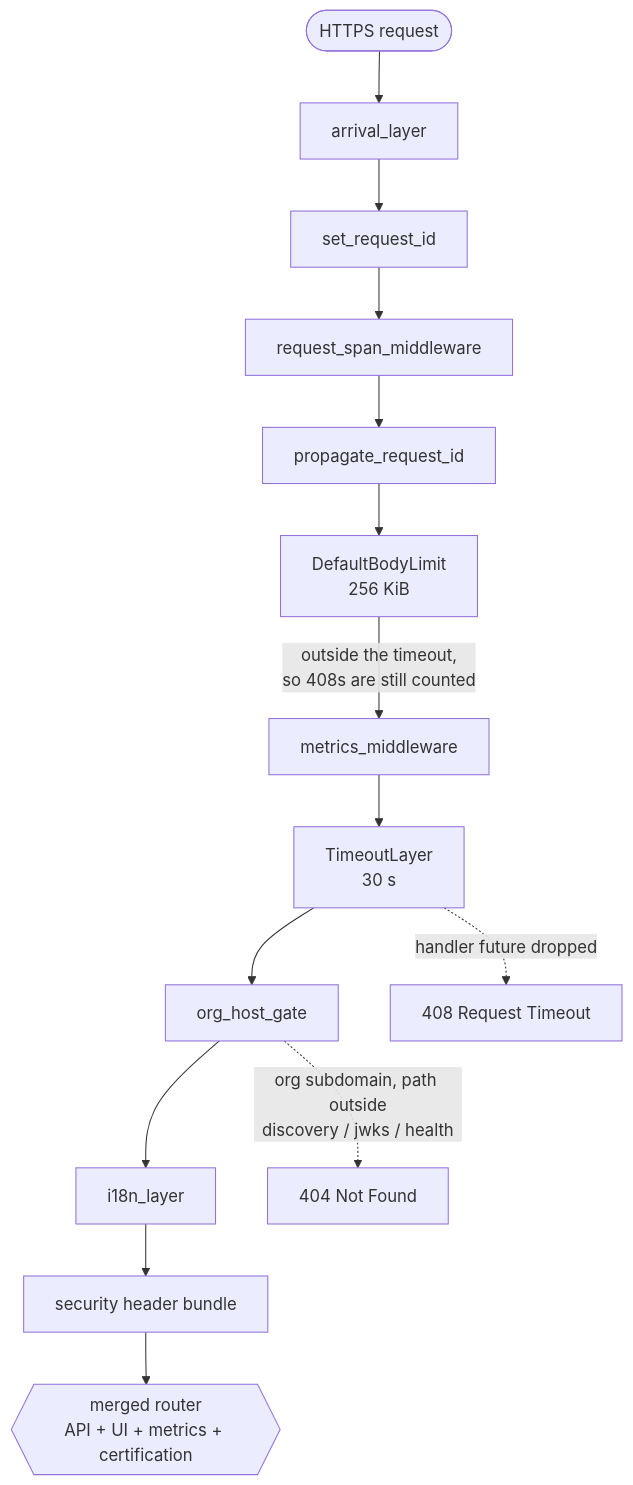
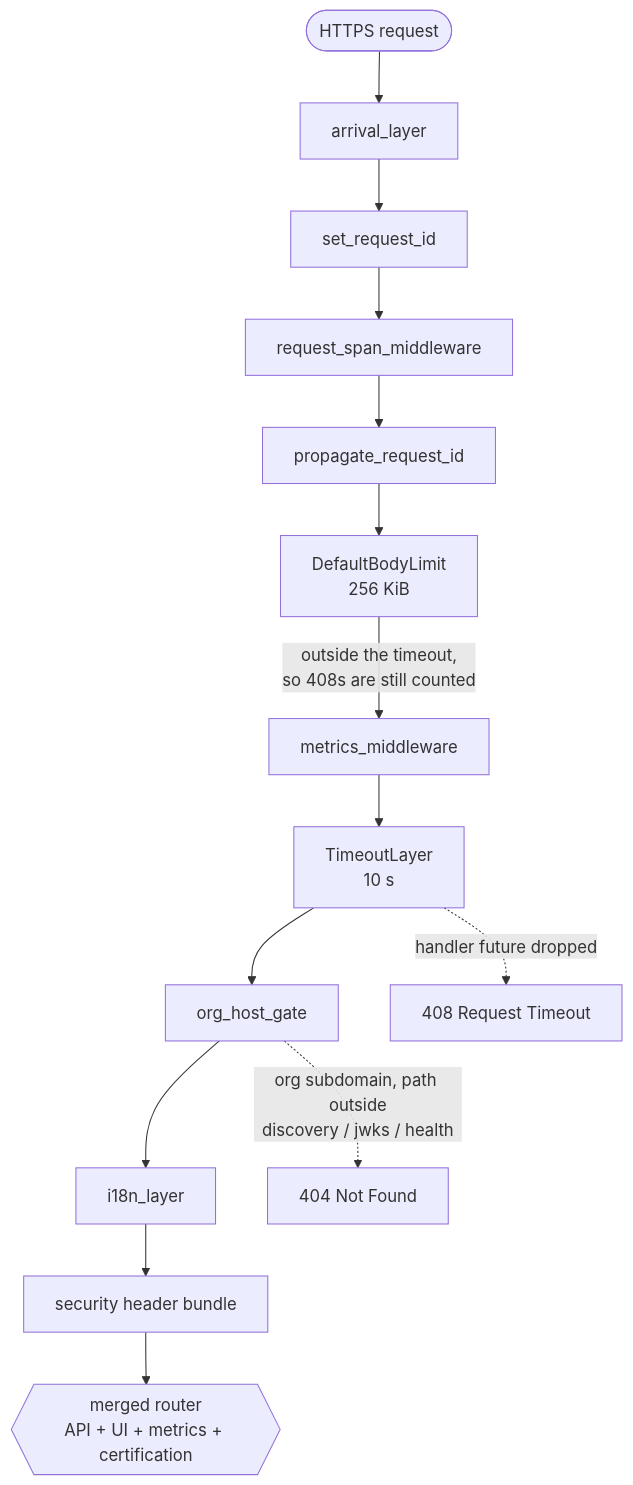
One commit to vouch-sh/vouch changed the first of 7 diagrams in crates/vouch-server/ARCHITECTURE.md. Above: the diagram before and after it, drawn with Mermaid.

Commit message:
docs: correct request timeout value in ARCHITECTURE.md pipeline diagram

````diff
--- a/crates/vouch-server/ARCHITECTURE.md
+++ b/crates/vouch-server/ARCHITECTURE.md
@@ -45,16 +45,16 @@
 ```mermaid
 flowchart TB
   req(["HTTPS request"]) --> l0["arrival_layer"]
   l0 --> l1["set_request_id"]
   l1 --> l2["request_span_middleware"]
   l2 --> l3["propagate_request_id"]
   l3 --> l4["DefaultBodyLimit<br/>256 KiB"]
   l4 -- "outside the timeout,<br/>so 408s are still counted" --> l5["metrics_middleware"]
-  l5 --> l6["TimeoutLayer<br/>30 s"]
+  l5 --> l6["TimeoutLayer<br/>10 s"]
   l6 --> l7["org_host_gate"]
   l7 --> l8["i18n_layer"]
   l8 --> l9["security header bundle"]
   l9 --> grp{{"merged router<br/>API + UI + metrics + certification"}}
   l6 -. "handler future dropped" .-> to["408 Request Timeout"]
   l7 -. "org subdomain, path outside<br/>discovery / jwks / health" .-> nf["404 Not Found"]
 ```
````
